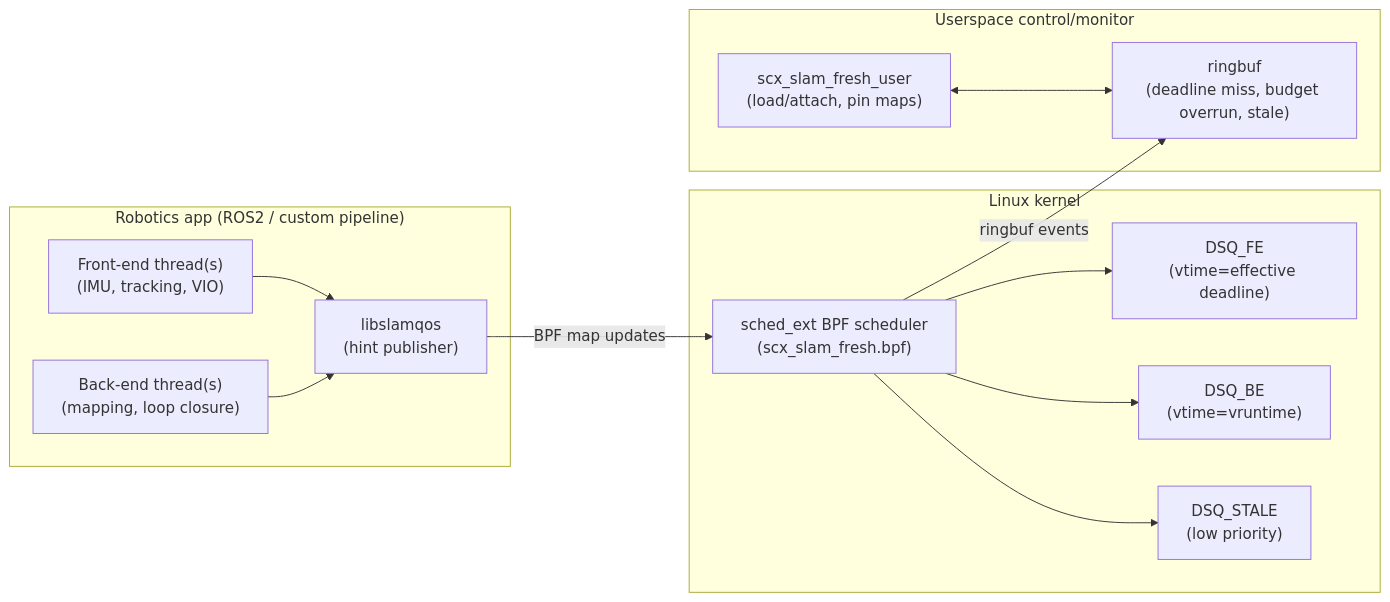
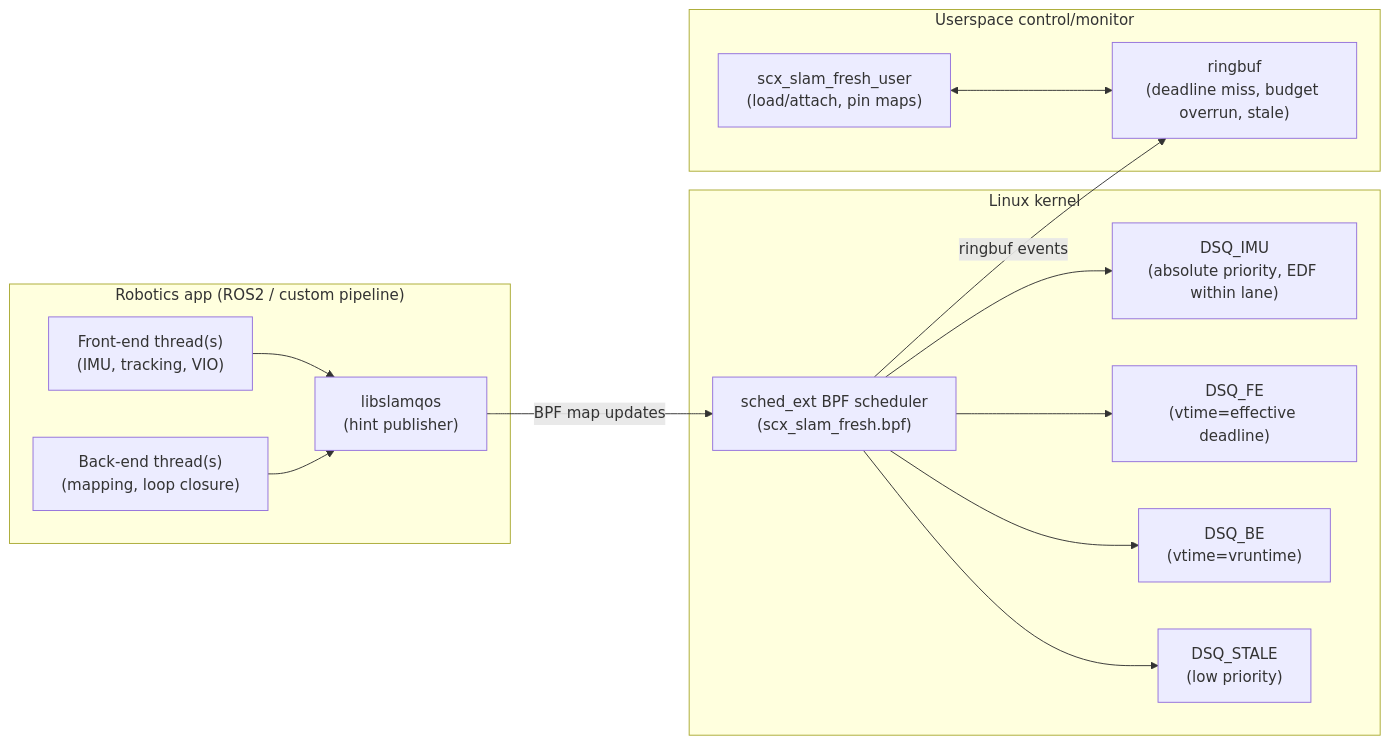
One commit to seldak/scx-slam-fresh changed the diagram in docs/DESIGN.md. Above: the diagram before and after it, drawn with Mermaid. The commit also changed other lines of this file and 3 other files, not shown here.

````diff
--- a/docs/DESIGN.md
+++ b/docs/DESIGN.md
@@ -39,29 +39,31 @@
 ```mermaid
 flowchart LR
   subgraph App["Robotics app (ROS2 / custom pipeline)"]
     FE1["Front-end thread(s)\n(IMU, tracking, VIO)"]
     BE1["Back-end thread(s)\n(mapping, loop closure)"]
     QOS["libslamqos\n(hint publisher)"]
     FE1 --> QOS
     BE1 --> QOS
   end
 
   subgraph Kernel["Linux kernel"]
     SCX["sched_ext BPF scheduler\n(scx_slam_fresh.bpf)"]
+    DSQIMU["DSQ_IMU\n(absolute priority, EDF within lane)"]
     DSQFE["DSQ_FE\n(vtime=effective deadline)"]
     DSQBE["DSQ_BE\n(vtime=vruntime)"]
     DSQST["DSQ_STALE\n(low priority)"]
+    SCX --> DSQIMU
     SCX --> DSQFE
     SCX --> DSQBE
     SCX --> DSQST
   end
 
   subgraph User["Userspace control/monitor"]
     Loader["scx_slam_fresh_user\n(load/attach, pin maps)"]
     Events["ringbuf\n(deadline miss, budget overrun, stale)"]
     Loader <--> Events
   end
 
   QOS -->|BPF map updates| SCX
   SCX -->|ringbuf events| Events
 ```
````
